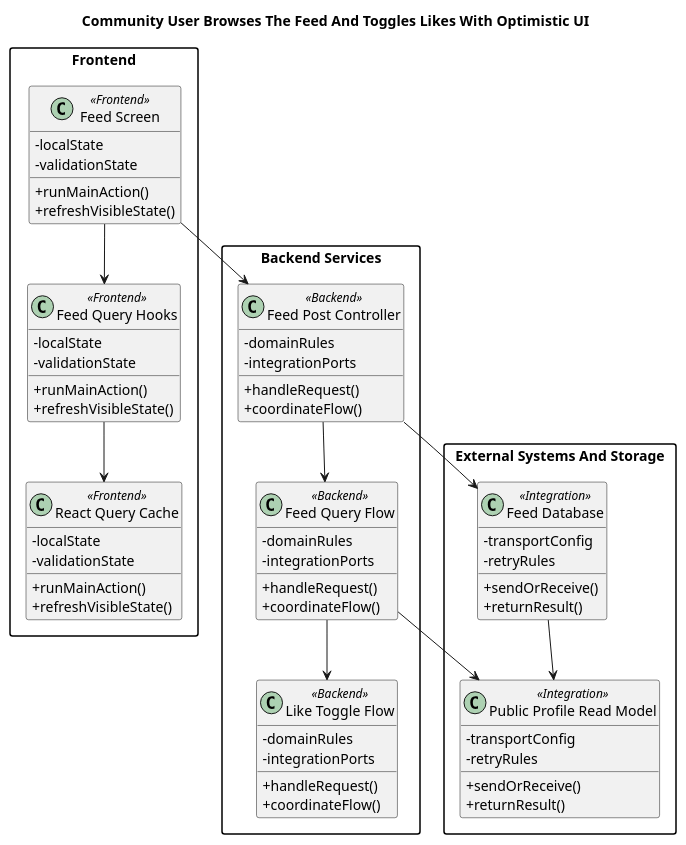
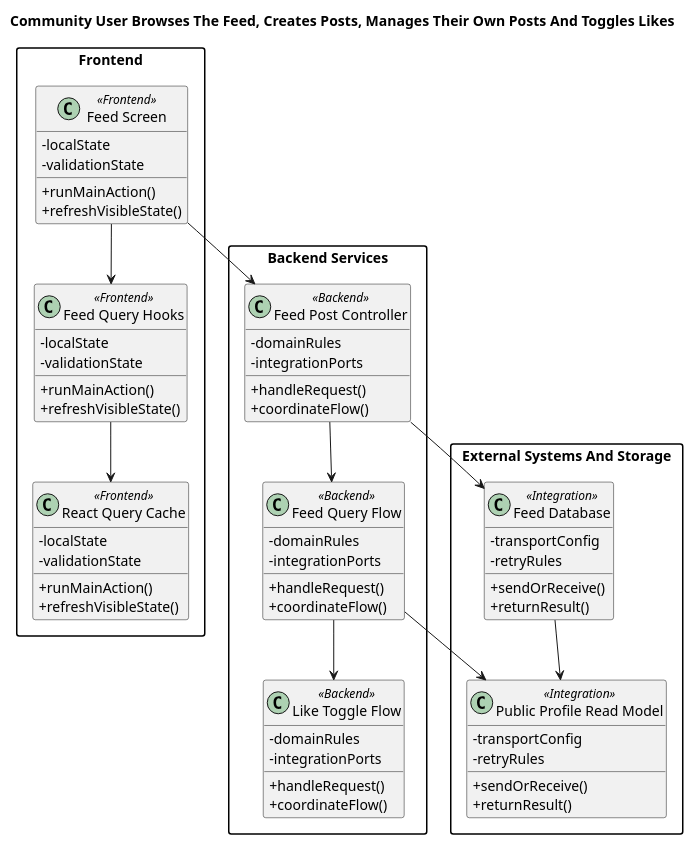
The first of 2 diagrams in plantuml/features/social-platform-feed-browsing-and-like-toggle.puml (VKev/MeAI-BE), drawn with PlantUML before and after one commit. The commit also changed other lines of this file and 9 other files, not shown here.

```diff
--- a/plantuml/features/social-platform-feed-browsing-and-like-toggle.puml
+++ b/plantuml/features/social-platform-feed-browsing-and-like-toggle.puml
@@ -1,69 +1,69 @@
 @startuml
-title Community User Browses The Feed And Toggles Likes With Optimistic UI
+title Community User Browses The Feed, Creates Posts, Manages Their Own Posts And Toggles Likes
 skinparam shadowing false
 skinparam classAttributeIconSize 0
 skinparam packageStyle rectangle
 hide empty members
 package "Frontend" {
 class "Feed Screen" as FE1 <<Frontend>> {
   +runMainAction()
   +refreshVisibleState()
   -localState
   -validationState
 }
 class "Feed Query Hooks" as FE2 <<Frontend>> {
   +runMainAction()
   +refreshVisibleState()
   -localState
   -validationState
 }
 class "React Query Cache" as FE3 <<Frontend>> {
   +runMainAction()
   +refreshVisibleState()
   -localState
   -validationState
 }
 }
 package "Backend Services" {
 class "Feed Post Controller" as BE1 <<Backend>> {
   +handleRequest()
   +coordinateFlow()
   -domainRules
   -integrationPorts
 }
 class "Feed Query Flow" as BE2 <<Backend>> {
   +handleRequest()
   +coordinateFlow()
   -domainRules
   -integrationPorts
 }
 class "Like Toggle Flow" as BE3 <<Backend>> {
   +handleRequest()
   +coordinateFlow()
   -domainRules
   -integrationPorts
 }
 }
 package "External Systems And Storage" {
 class "Feed Database" as INT1 <<Integration>> {
   +sendOrReceive()
   +returnResult()
   -transportConfig
   -retryRules
 }
 class "Public Profile Read Model" as INT2 <<Integration>> {
   +sendOrReceive()
   +returnResult()
   -transportConfig
   -retryRules
 }
 }
 FE1 --> FE2
 FE2 --> FE3
 FE1 --> BE1
 BE1 --> BE2
 BE2 --> BE3
 BE1 --> INT1
 BE2 --> INT2
 INT1 --> INT2
 @enduml
```
